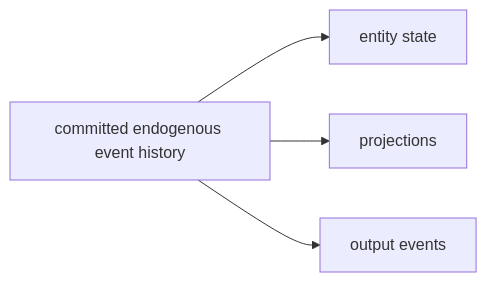
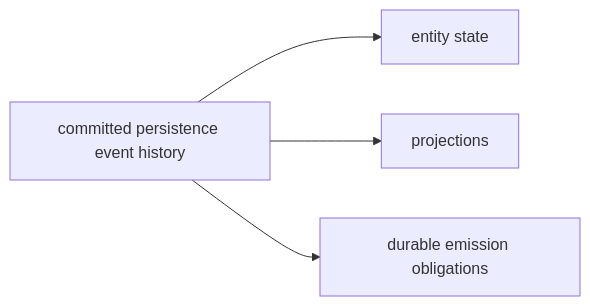
Before and after one commit to cohesivesystems/knowledge: the second of 2 diagrams in Cohesive System Model/Realization Substrate/Event Sourcing.md, drawn with Mermaid. The commit also changed other lines of this file and 35 other files, not shown here.

````diff
--- a/Cohesive System Model/Realization Substrate/Event Sourcing.md
+++ b/Cohesive System Model/Realization Substrate/Event Sourcing.md
@@ -47,12 +49,12 @@
 ```mermaid
 flowchart LR
-events["committed endogenous event history"]
+events["committed persistence event history"]
 state["entity state"]
 projections["projections"]
-outputs["output events"]
+outputs["durable emission obligations"]
 
 events --> state
 events --> projections
 events --> outputs
 
 ```
````
